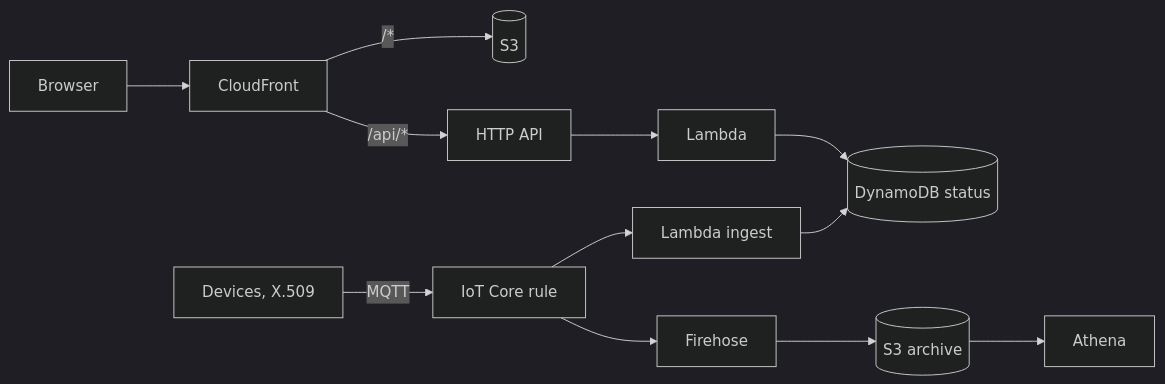
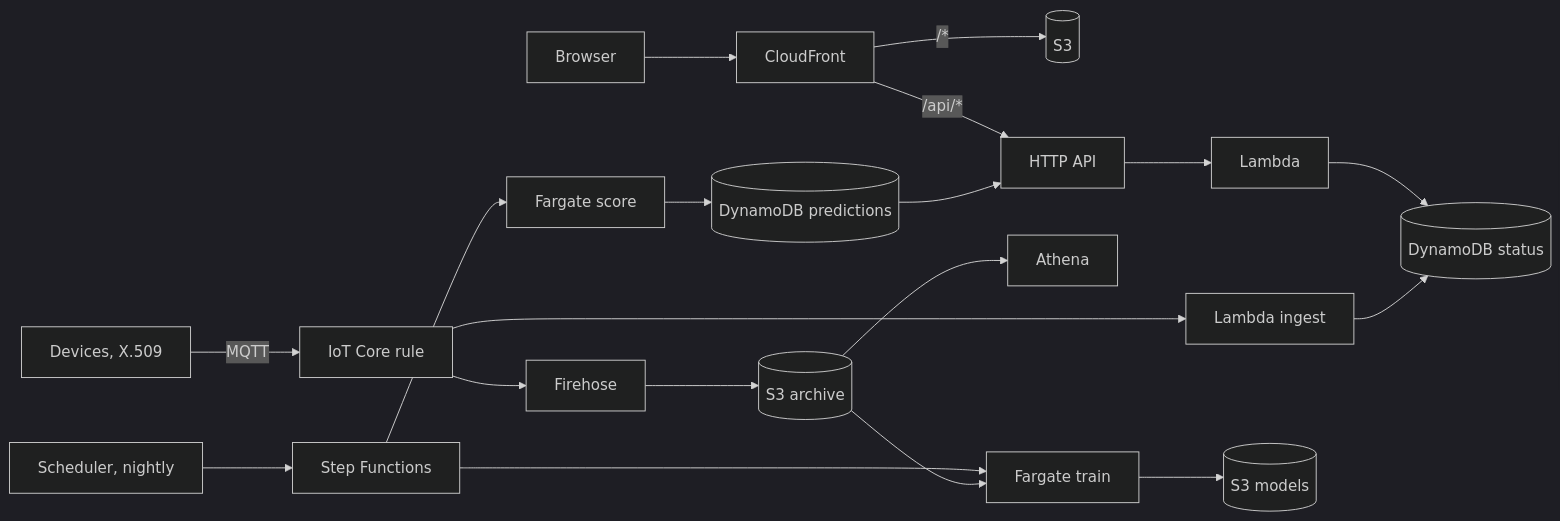
Before and after one commit to Mariam-zeqred/aws-architecture-by-example: the diagram in README.md, drawn with Mermaid (dark theme). The commit also changed other lines of this file and 4 other files, not shown here.

Commit message:
Chapter 3: batch ML on a schedule (text with two diagrams, README row + outputs/layout/limitations/next steps, example README, WALKTHROUGH section, TODO items 9-13)

````diff
--- a/README.md
+++ b/README.md
@@ -5,8 +5,11 @@
 ```mermaid
 flowchart LR
     B[Browser] --> CF[CloudFront]
     CF -->|"/*"| S3[(S3)]
     CF -->|"/api/*"| API[HTTP API] --> L[Lambda] --> T[(DynamoDB status)]
     D[Devices, X.509] -->|MQTT| IOT[IoT Core rule] --> I[Lambda ingest] --> T
     IOT --> FH[Firehose] --> AR[(S3 archive)] --> AT[Athena]
+    SCH[Scheduler, nightly] --> SF[Step Functions] --> TR[Fargate train] --> M[(S3 models)]
+    AR --> TR
+    SF --> SC[Fargate score] --> P[(DynamoDB predictions)] --> API
 ```
````
